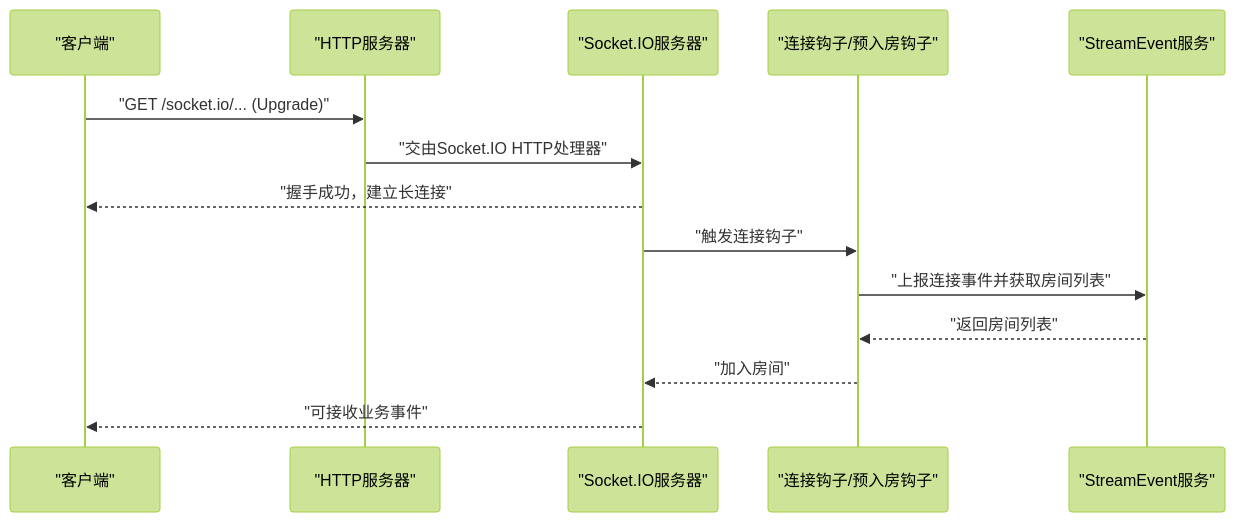
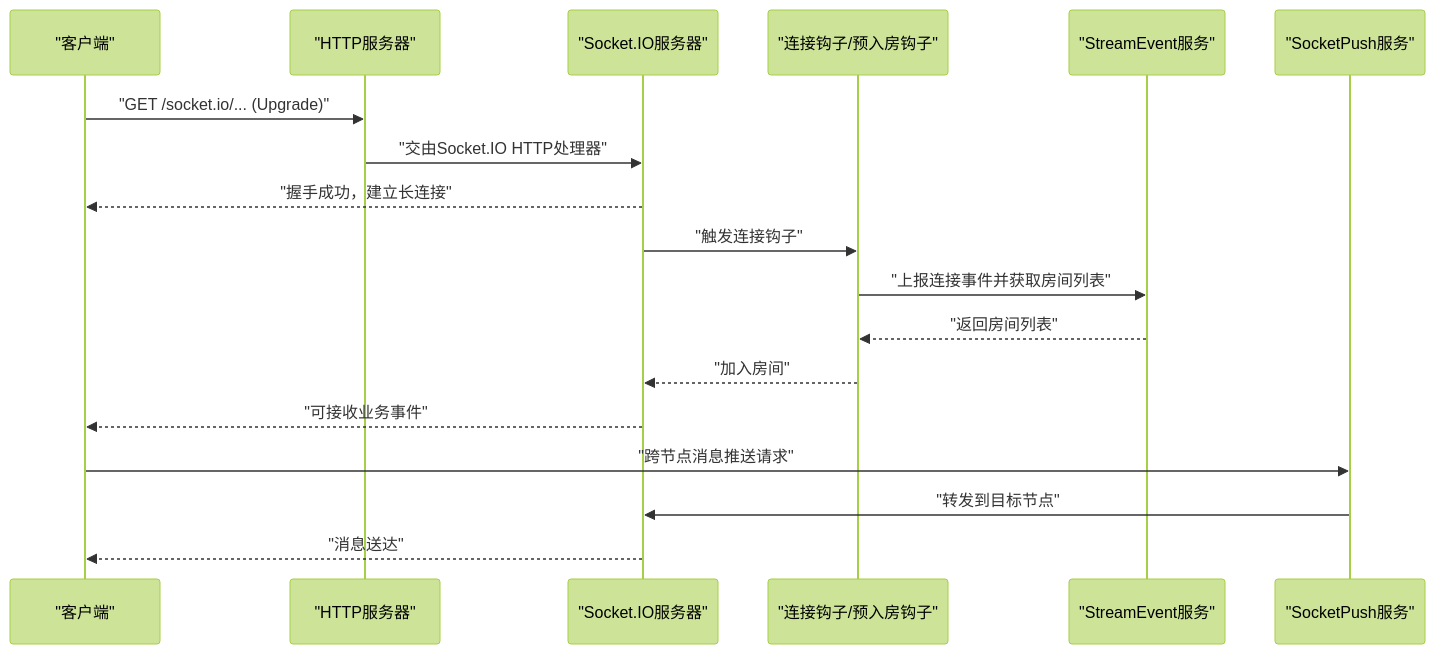
Before and after one commit to maomao94/zero-service: the second of 10 diagrams in .qoder/repowiki/zh/content/实时通信模块/SocketIO网关服务/SocketIO网关服务.md, drawn with Mermaid (forest theme). The commit also changed other lines of this file and 15 other files, not shown here.

````diff
--- a/.qoder/repowiki/zh/content/实时通信模块/SocketIO网关服务/SocketIO网关服务.md
+++ b/.qoder/repowiki/zh/content/实时通信模块/SocketIO网关服务/SocketIO网关服务.md
@@ -106,16 +118,20 @@
 ```mermaid
 sequenceDiagram
 participant Client as "客户端"
 participant HTTP as "HTTP服务器"
 participant IO as "Socket.IO服务器"
 participant Hook as "连接钩子/预入房钩子"
 participant Stream as "StreamEvent服务"
+participant Push as "SocketPush服务"
 Client->>HTTP : "GET /socket.io/... (Upgrade)"
 HTTP->>IO : "交由Socket.IO HTTP处理器"
 IO-->>Client : "握手成功，建立长连接"
 IO->>Hook : "触发连接钩子"
 Hook->>Stream : "上报连接事件并获取房间列表"
 Stream-->>Hook : "返回房间列表"
 Hook-->>IO : "加入房间"
 IO-->>Client : "可接收业务事件"
+Client->>Push : "跨节点消息推送请求"
+Push->>IO : "转发到目标节点"
+IO-->>Client : "消息送达"
 ```
````
